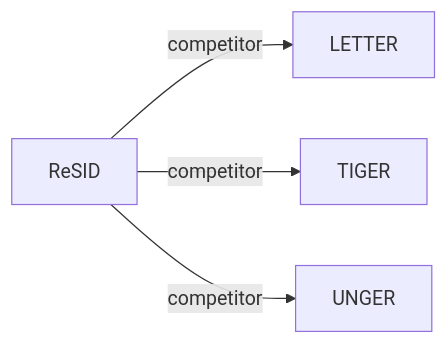
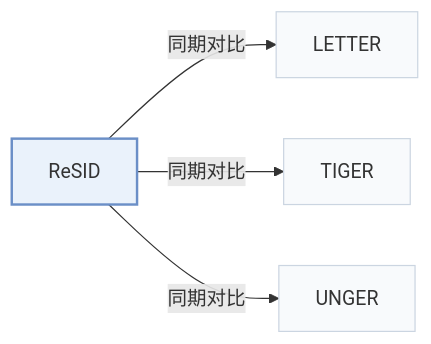
One commit to Galaxy-ghost/Awesome-SID-Generative-Rec changed the second of 2 diagrams in pages/zh/papers/resid.md. Above: the diagram before and after it, drawn with Mermaid. The commit also changed other lines of this file and 649 other files, not shown here.

Commit message:
writer-05: also tags and modality index (schema, check, build, visuals); summary field removed; calibration data for 12 papers

````diff
--- a/pages/zh/papers/resid.md
+++ b/pages/zh/papers/resid.md
@@ -69,7 +74,11 @@
 ```mermaid
 flowchart LR
     P["ReSID"]
-    P -->|competitor| A["LETTER"]
-    P -->|competitor| B["TIGER"]
-    P -->|competitor| C["UNGER"]
+    P -->|"同期对比"| A["LETTER"]
+    P -->|"同期对比"| B["TIGER"]
+    P -->|"同期对比"| C["UNGER"]
+    classDef main fill:#eaf2fb,stroke:#6b8fc7,stroke-width:2px
+    classDef peer fill:#f8fafc,stroke:#cbd5e1
+    class P main
+    class A,B,C peer
 ```
````
